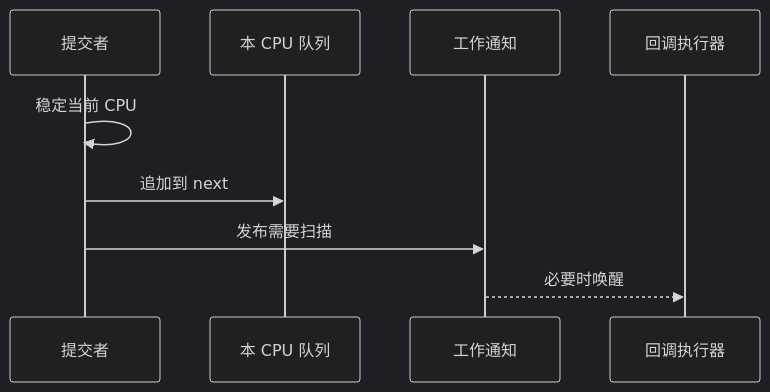
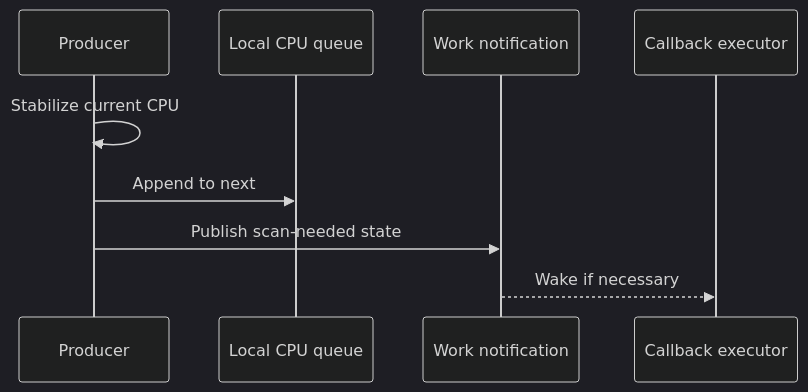
One commit to DragonOS-Community/DragonOS changed the fourth of 8 diagrams in docs/kernel/rcu/segmented-callback-queues.md. Above: the diagram before and after it, drawn with Mermaid (dark theme). The commit also changed other lines of this file and 2058 other files, not shown here.

````diff
--- a/docs/kernel/rcu/segmented-callback-queues.md
+++ b/docs/kernel/rcu/segmented-callback-queues.md
@@ -123,12 +123,12 @@
 ```mermaid
 sequenceDiagram
-    participant Caller as 提交者
-    participant Local as 本 CPU 队列
-    participant Signal as 工作通知
-    participant Worker as 回调执行器
+    participant Caller as Producer
+    participant Local as Local CPU queue
+    participant Signal as Work notification
+    participant Worker as Callback executor
 
-    Caller->>Caller: 稳定当前 CPU
-    Caller->>Local: 追加到 next
-    Caller->>Signal: 发布需要扫描
-    Signal-->>Worker: 必要时唤醒
+    Caller->>Caller: Stabilize current CPU
+    Caller->>Local: Append to next
+    Caller->>Signal: Publish scan-needed state
+    Signal-->>Worker: Wake if necessary
 ```
````
